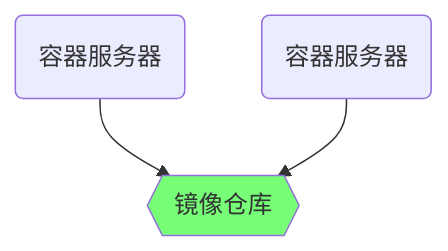
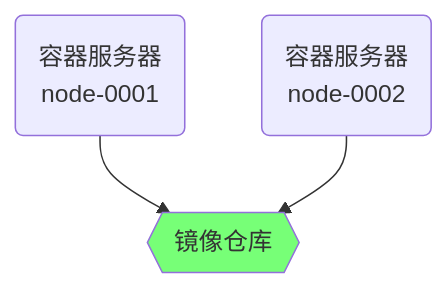
The second of 2 diagrams in CLOUD/06/06.md (tonggh220/md_4_nsd_notes), drawn with Mermaid before and after one commit. The commit also changed other lines of this file, not shown here.

````diff
--- a/CLOUD/06/06.md
+++ b/CLOUD/06/06.md
@@ -120,9 +131,9 @@
 ```mermaid
 graph TB
-  H1(容器服务器)
-  H2(容器服务器)
+  H1(容器服务器<br>node-0001)
+  H2(容器服务器<br>node-0002)
   I{{镜像仓库}}
   style I fill:#77ff77
   H1 --> I
   H2 --> I
 ```
````
